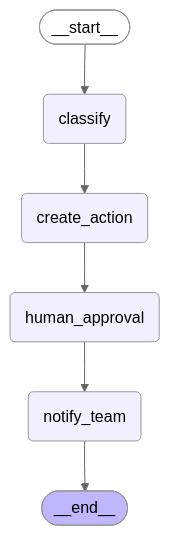
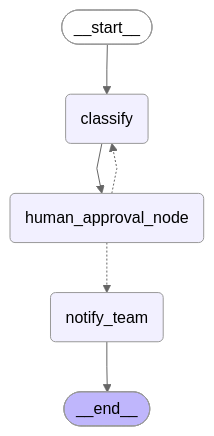
Before and after one commit to UiPath/uipath-python: the diagram in samples/ticket-classification/agent.mermaid, drawn with Mermaid (neutral theme). The commit also changed 3 other files, not shown here.

```diff
--- a/samples/ticket-classification/agent.mermaid
+++ b/samples/ticket-classification/agent.mermaid
@@ -1,16 +1,19 @@
-%%{init: {'flowchart': {'curve': 'linear'}}}%%
+---
+config:
+  flowchart:
+    curve: linear
+---
 graph TD;
 	__start__([<p>__start__</p>]):::first
 	classify(classify)
-	create_action(create_action)
-	human_approval(human_approval)
+	human_approval_node(human_approval_node)
 	notify_team(notify_team)
 	__end__([<p>__end__</p>]):::last
 	__start__ --> classify;
-	classify --> create_action;
-	create_action --> human_approval;
-	human_approval --> notify_team;
+	classify --> human_approval_node;
 	notify_team --> __end__;
+	human_approval_node -.-> classify;
+	human_approval_node -.-> notify_team;
 	classDef default fill:#f2f0ff,line-height:1.2
 	classDef first fill-opacity:0
 	classDef last fill:#bfb6fc
```
